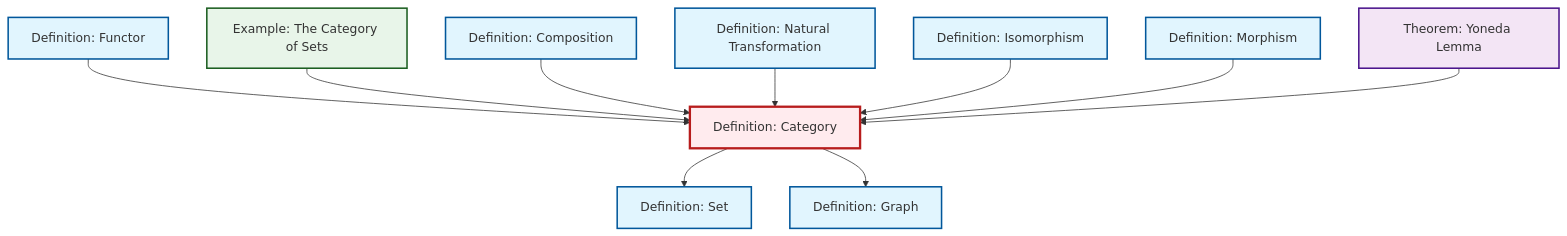
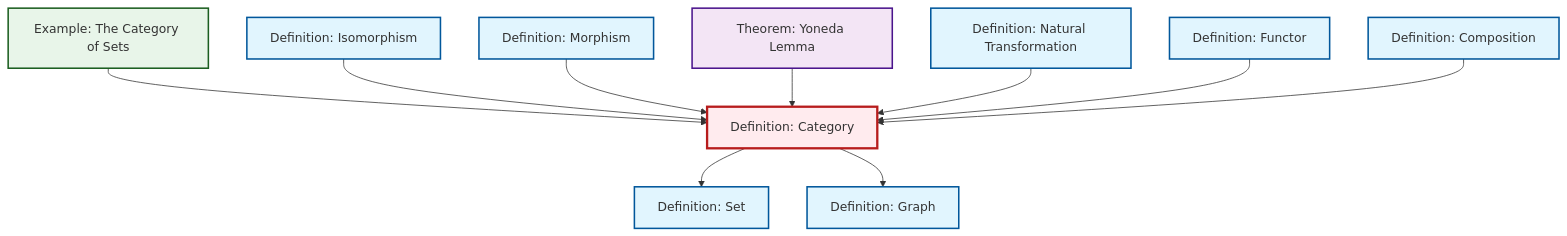
The diagram in content/ja/category-theory/def-category.qmd (RK0429/ModernMath), drawn with Mermaid before and after one commit. The commit also changed other lines of this file and 360 other files, not shown here.

````diff
--- a/content/ja/category-theory/def-category.qmd
+++ b/content/ja/category-theory/def-category.qmd
@@ -48,38 +48,38 @@
 ```{mermaid}
 %%| fig-cap: "Local dependency graph"
 graph TD
     classDef definition fill:#e1f5fe,stroke:#01579b,stroke-width:2px
     classDef theorem fill:#f3e5f5,stroke:#4a148c,stroke-width:2px
     classDef axiom fill:#fff3e0,stroke:#e65100,stroke-width:2px
     classDef example fill:#e8f5e9,stroke:#1b5e20,stroke-width:2px
     classDef current fill:#ffebee,stroke:#b71c1c,stroke-width:3px
+    thm-yoneda["Theorem: Yoneda Lemma"]:::theorem
     def-composition["Definition: Composition"]:::definition
-    thm-yoneda["Theorem: Yoneda Lemma"]:::theorem
-    def-functor["Definition: Functor"]:::definition
+    def-isomorphism["Definition: Isomorphism"]:::definition
     def-category["Definition: Category"]:::definition
     def-natural-transformation["Definition: Natural Transformation"]:::definition
+    def-morphism["Definition: Morphism"]:::definition
     def-set["Definition: Set"]:::definition
-    def-morphism["Definition: Morphism"]:::definition
     def-graph["Definition: Graph"]:::definition
+    def-functor["Definition: Functor"]:::definition
     ex-set-category["Example: The Category of Sets"]:::example
-    def-isomorphism["Definition: Isomorphism"]:::definition
-    def-functor --> def-category
     ex-set-category --> def-category
-    def-category --> def-set
-    def-composition --> def-category
-    def-natural-transformation --> def-category
-    def-category --> def-graph
     def-isomorphism --> def-category
     def-morphism --> def-category
     thm-yoneda --> def-category
+    def-natural-transformation --> def-category
+    def-category --> def-set
+    def-category --> def-graph
+    def-functor --> def-category
+    def-composition --> def-category
     class def-category current
+    click thm-yoneda "thm-yoneda.html" "Theorem: Yoneda Lemmaへ"
     click def-composition "def-composition.html" "Definition: Compositionへ"
-    click thm-yoneda "thm-yoneda.html" "Theorem: Yoneda Lemmaへ"
+    click def-isomorphism "def-isomorphism.html" "Definition: Isomorphismへ"
+    click def-natural-transformation "def-natural-transformation.html" "Definition: Natural Transformationへ"
+    click def-morphism "def-morphism.html" "Definition: Morphismへ"
+    click def-set "def-set.html" "Definition: Setへ"
+    click def-graph "def-graph.html" "Definition: Graphへ"
     click def-functor "def-functor.html" "Definition: Functorへ"
-    click def-natural-transformation "def-natural-transformation.html" "Definition: Natural Transformationへ"
-    click def-set "def-set.html" "Definition: Setへ"
-    click def-morphism "def-morphism.html" "Definition: Morphismへ"
-    click def-graph "def-graph.html" "Definition: Graphへ"
     click ex-set-category "ex-set-category.html" "Example: The Category of Setsへ"
-    click def-isomorphism "def-isomorphism.html" "Definition: Isomorphismへ"
 ```
````
